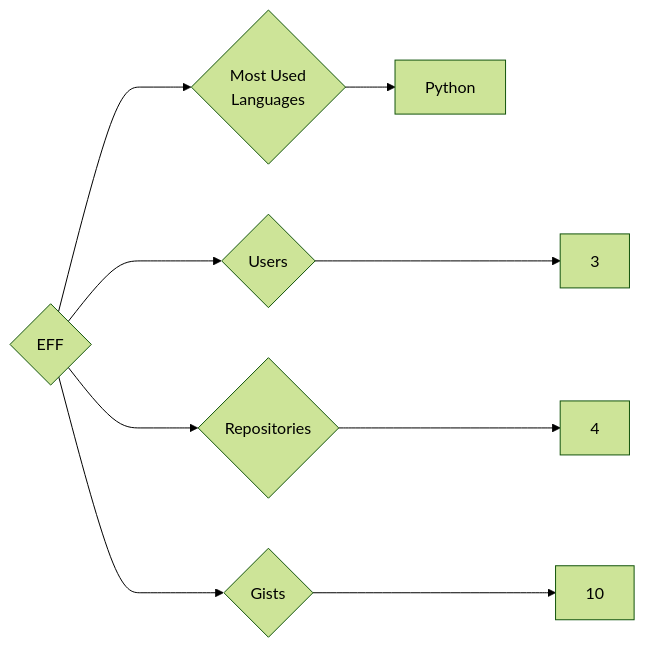
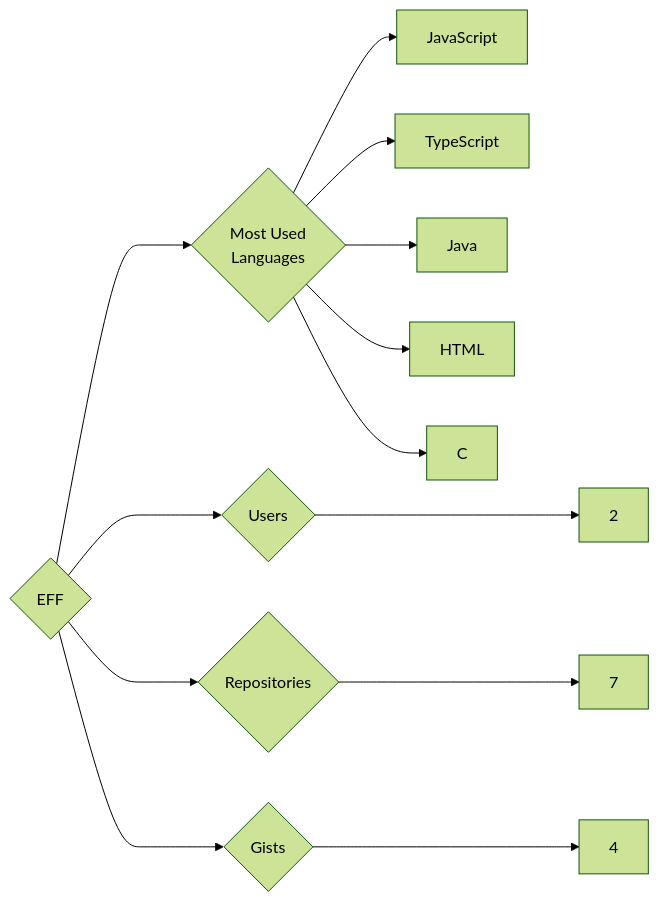
Before and after one commit to trickest/insiders: the diagram in targets/EFF/README.md, drawn with Mermaid (forest theme). The commit also changed 1023 other files, not shown here.

````diff
--- a/targets/EFF/README.md
+++ b/targets/EFF/README.md
@@ -3,9 +3,13 @@
 ```mermaid
 graph LR
 COMPANY_NAME{EFF}
-COMPANY_NAME ---> U{Users} ---> UN[3]
-COMPANY_NAME ---> R{Repositories} ---> RN[4]
-COMPANY_NAME ---> G{Gists} ---> GN[10]
+COMPANY_NAME ---> U{Users} ---> UN[2]
+COMPANY_NAME ---> R{Repositories} ---> RN[7]
+COMPANY_NAME ---> G{Gists} ---> GN[4]
 COMPANY_NAME ---> ML{Most Used<br>Languages}
-ML --> Python[Python]
+ML --> JavaScript[JavaScript]
+ML --> TypeScript[TypeScript]
+ML --> Java[Java]
+ML --> HTML[HTML]
+ML --> C[C]
 ```
````
